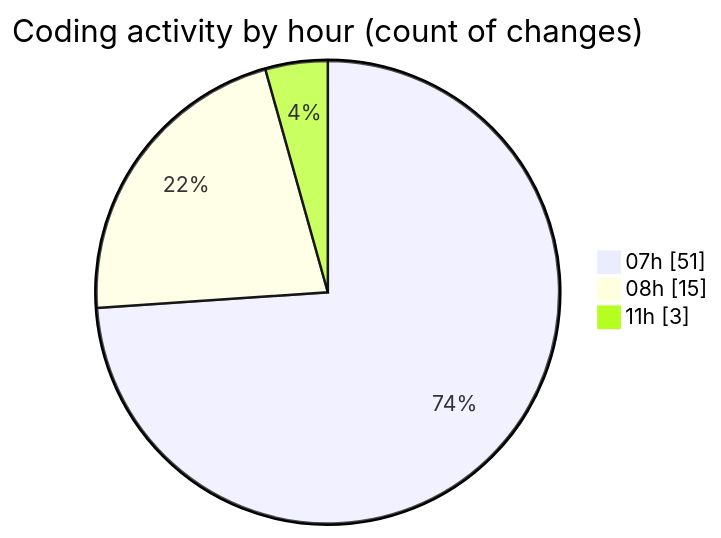
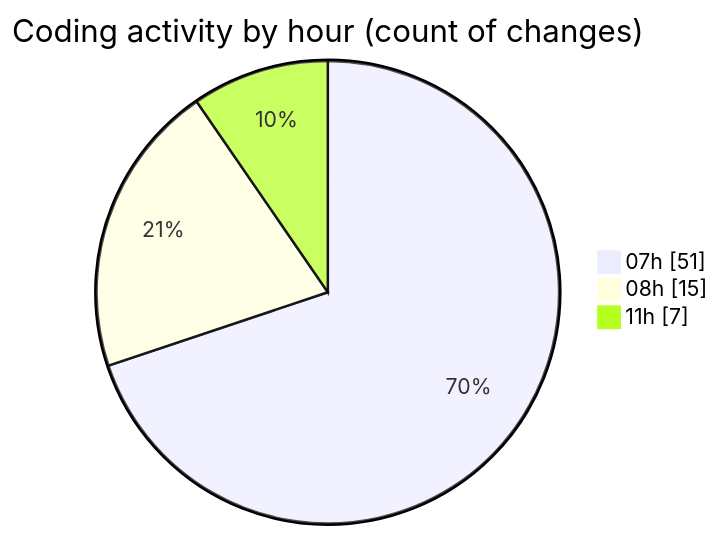
Before and after one commit to robertbonfada/code-tracking: the second of 2 diagrams in 2025-01-17/mbc-web/README.md, drawn with Mermaid. The commit also changed other lines of this file and 1 other file, not shown here.

````diff
--- a/2025-01-17/mbc-web/README.md
+++ b/2025-01-17/mbc-web/README.md
@@ -43,7 +45,7 @@
 ```mermaid
 pie showData
 title Coding activity by hour (count of changes)
 "07h" : 51
 "08h" : 15
-"11h" : 3
+"11h" : 7
 ```
````
